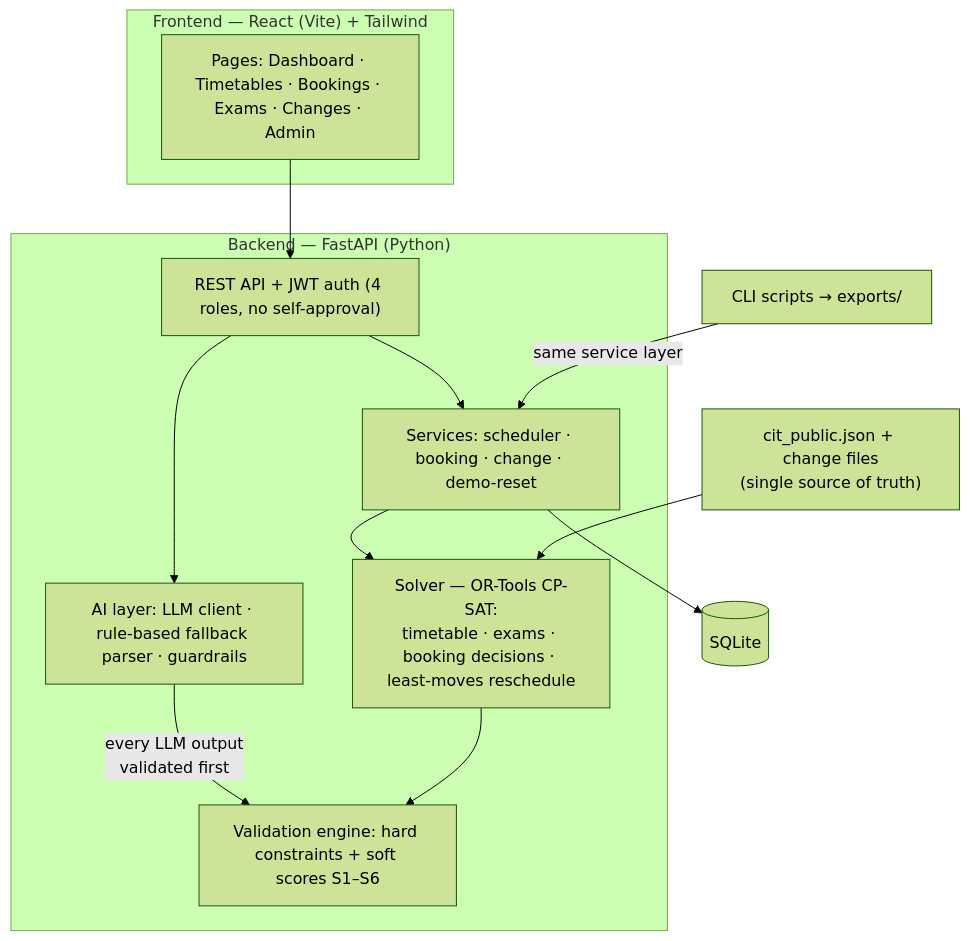
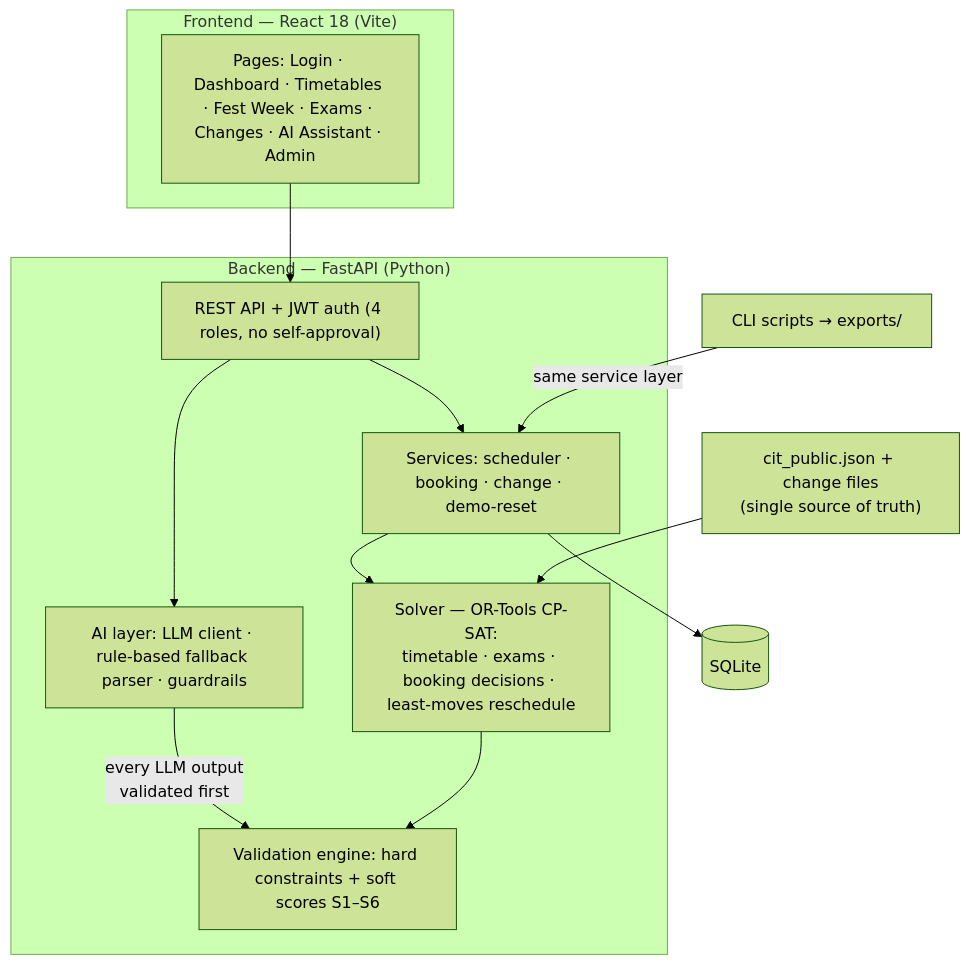
Before and after one commit to harishankarsahu874-jpg/zoho: the diagram in README.md, drawn with Mermaid (forest theme). The commit also changed other lines of this file and 6 other files, not shown here.

````diff
--- a/README.md
+++ b/README.md
@@ -35,28 +35,28 @@
 ```mermaid
 flowchart TB
-    subgraph FE["Frontend — React (Vite) + Tailwind"]
-        UI["Pages: Dashboard · Timetables · Bookings · Exams · Changes · Admin"]
+    subgraph FE["Frontend — React 18 (Vite)"]
+        UI["Pages: Login · Dashboard · Timetables · Fest Week · Exams · Changes · AI Assistant · Admin"]
     end
 
     subgraph BE["Backend — FastAPI (Python)"]
         API["REST API + JWT auth (4 roles, no self-approval)"]
         SVC["Services: scheduler · booking · change · demo-reset"]
         AI["AI layer: LLM client · rule-based fallback parser · guardrails"]
         VAL["Validation engine: hard constraints + soft scores S1–S6"]
         SOL["Solver — OR-Tools CP-SAT:<br/>timetable · exams · booking decisions · least-moves reschedule"]
     end
 
     DS["cit_public.json + change files<br/>(single source of truth)"]
     DB[("SQLite")]
     CLI["CLI scripts → exports/"]
 
     UI --> API
     API --> SVC
     API --> AI
     AI -->|every LLM output<br/>validated first| VAL
     SVC --> SOL
     SOL --> VAL
     DS --> SOL
     SVC --> DB
     CLI -->|same service layer| SVC
 ```
````
